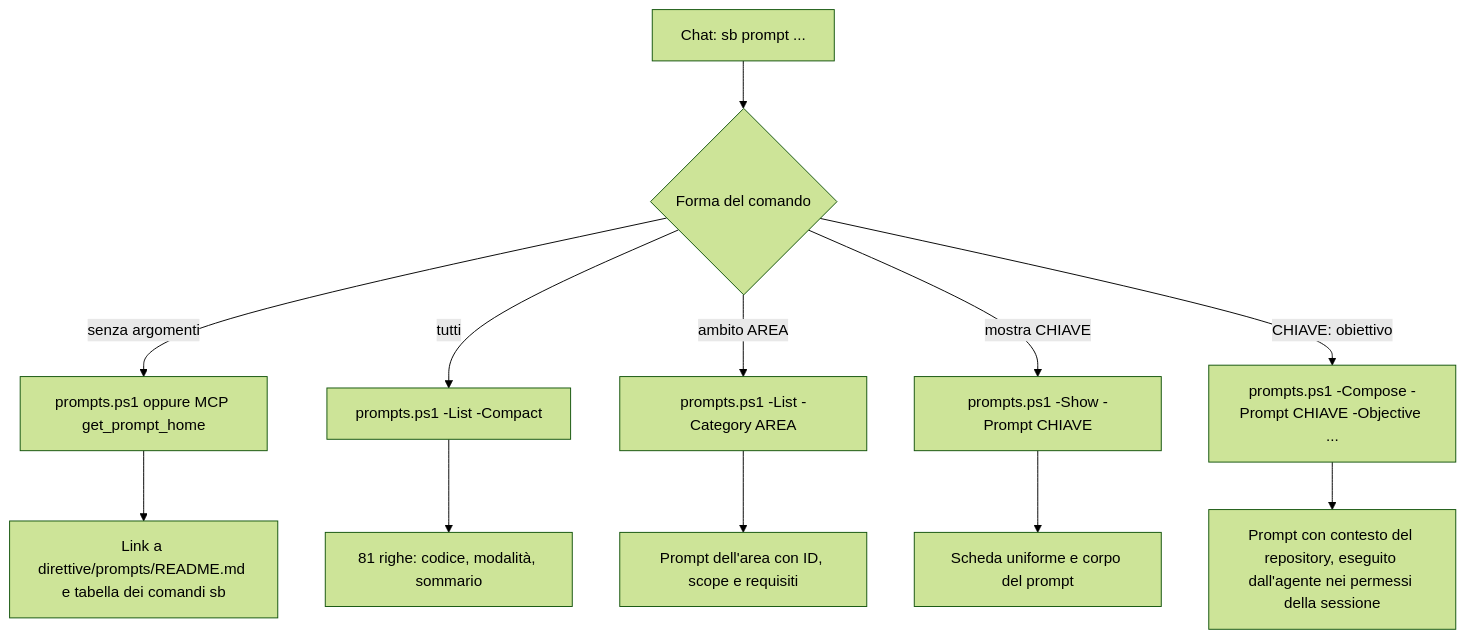
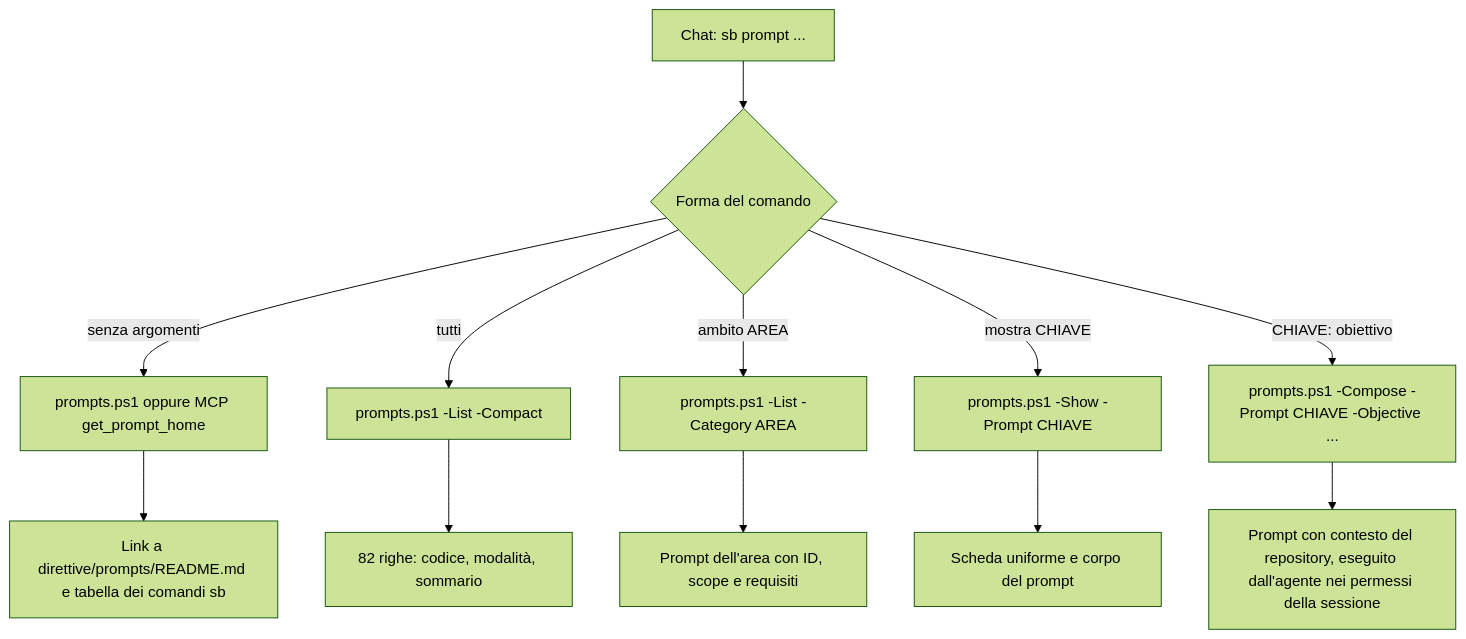
The second of 2 diagrams in docs/riferimento/customizing-prompts-and-directives.md (dennidalpos/secondbrain), drawn with Mermaid (forest theme) before and after one commit. The commit also changed other lines of this file and 33 other files, not shown here.

````diff
--- a/docs/riferimento/customizing-prompts-and-directives.md
+++ b/docs/riferimento/customizing-prompts-and-directives.md
@@ -237,14 +237,14 @@
 ```mermaid
 flowchart TD
     A["Chat: sb prompt ..."] --> B{"Forma del comando"}
     B -->|"senza argomenti"| C["prompts.ps1 oppure MCP get_prompt_home"]
     B -->|"tutti"| D["prompts.ps1 -List -Compact"]
     B -->|"ambito AREA"| E["prompts.ps1 -List -Category AREA"]
     B -->|"mostra CHIAVE"| F["prompts.ps1 -Show -Prompt CHIAVE"]
     B -->|"CHIAVE: obiettivo"| G["prompts.ps1 -Compose -Prompt CHIAVE -Objective ..."]
     C --> H["Link a direttive/prompts/README.md e tabella dei comandi sb"]
-    D --> I["81 righe: codice, modalità, sommario"]
+    D --> I["82 righe: codice, modalità, sommario"]
     E --> J["Prompt dell'area con ID, scope e requisiti"]
     F --> K["Scheda uniforme e corpo del prompt"]
     G --> L["Prompt con contesto del repository, eseguito dall'agente nei permessi della sessione"]
 ```
````
